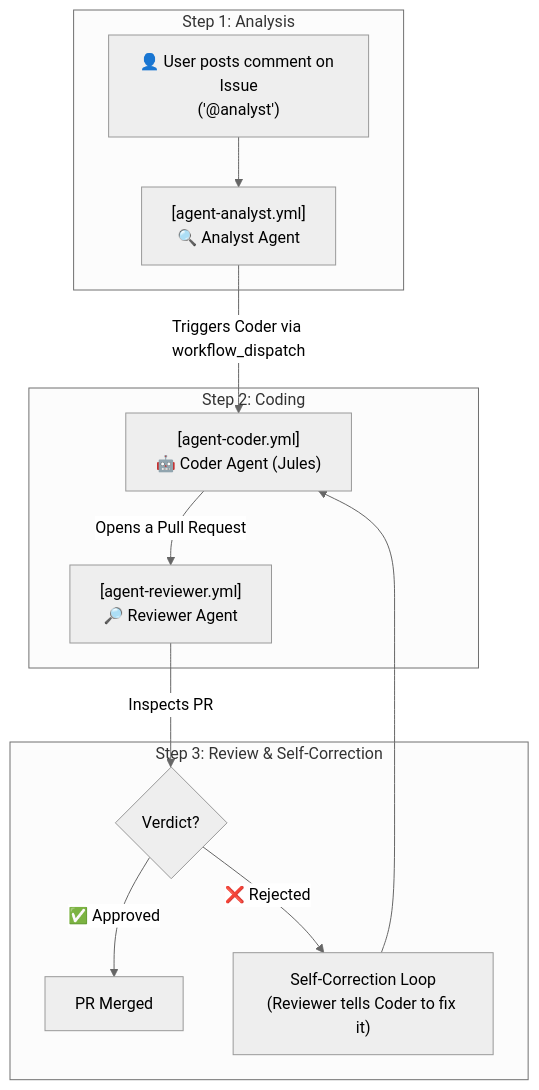
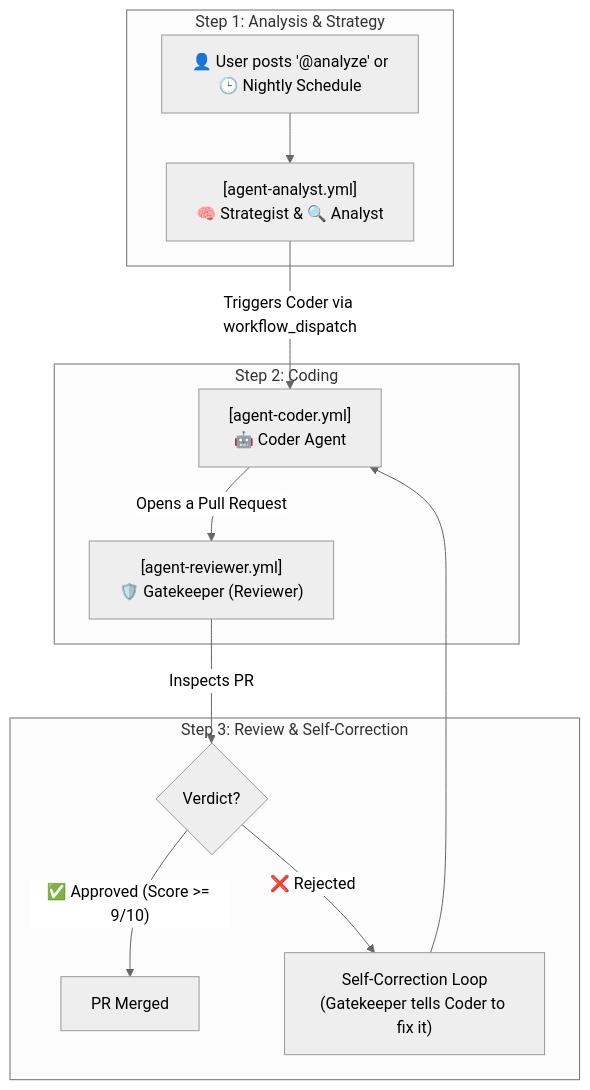
Before and after one commit to BUZASLAN128/HiveMind-Actions: the diagram in README.md, drawn with Mermaid (neutral theme). The commit also changed other lines of this file and 2 other files, not shown here.

````diff
--- a/README.md
+++ b/README.md
@@ -86,16 +82,16 @@
 ```mermaid
 graph TD
-    subgraph "Step 1: Analysis"
-        A["👤 User posts comment on Issue<br>('@analyst')"] --> B["[agent-analyst.yml]<br>🔍 Analyst Agent"];
+    subgraph "Step 1: Analysis & Strategy"
+        A["👤 User posts '@analyze' or<br>🕒 Nightly Schedule"] --> B["[agent-analyst.yml]<br>🧠 Strategist & 🔍 Analyst"];
     end
     subgraph "Step 2: Coding"
-        B -- "Triggers Coder via workflow_dispatch" --> C["[agent-coder.yml]<br>🤖 Coder Agent (Jules)"];
+        B -- "Triggers Coder via workflow_dispatch" --> C["[agent-coder.yml]<br>🤖 Coder Agent"];
         C -- "Opens a Pull Request" --> D;
     end
     subgraph "Step 3: Review & Self-Correction"
-        D["[agent-reviewer.yml]<br>🔎 Reviewer Agent"] -- "Inspects PR" --> E{"Verdict?"};
-        E -- "✅ Approved" --> F["PR Merged"];
-        E -- "❌ Rejected" --> G["Self-Correction Loop<br>(Reviewer tells Coder to fix it)"];
+        D["[agent-reviewer.yml]<br>🛡️ Gatekeeper (Reviewer)"] -- "Inspects PR" --> E{"Verdict?"};
+        E -- "✅ Approved (Score >= 9/10)" --> F["PR Merged"];
+        E -- "❌ Rejected" --> G["Self-Correction Loop<br>(Gatekeeper tells Coder to fix it)"];
         G --> C;
     end
 ```
````
